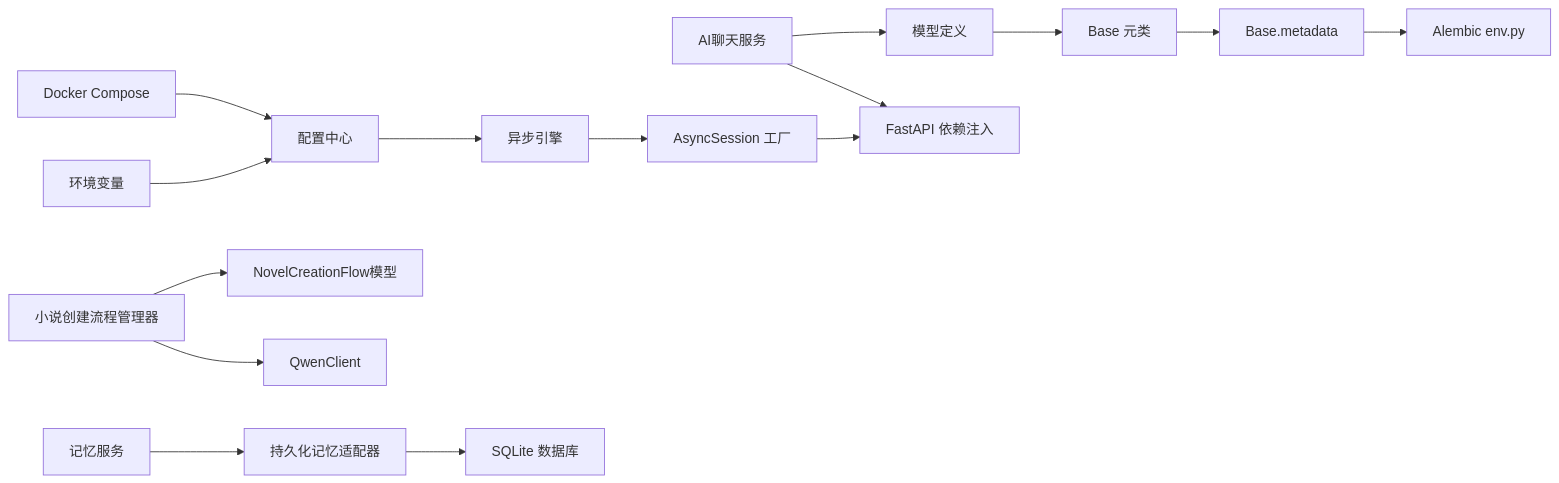
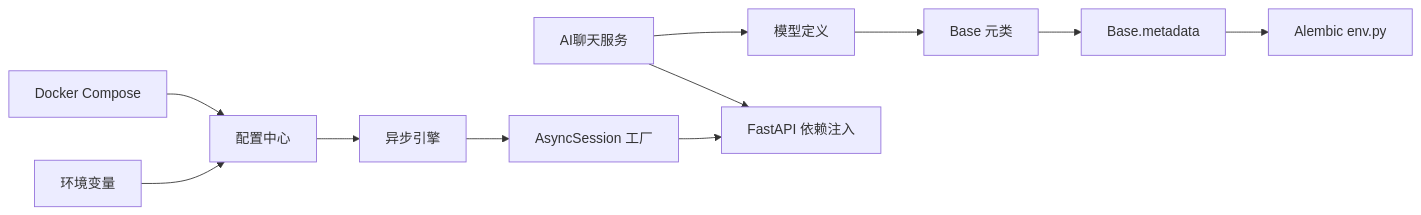
One commit to xfbyxq/ai-novel-system changed diagram 11 of 11 in .qoder/repowiki/zh/content/后端架构/数据库设计.md. Above: the diagram before and after it, drawn with Mermaid. The commit also changed other lines of this file and 38 other files, not shown here.

````diff
--- a/.qoder/repowiki/zh/content/后端架构/数据库设计.md
+++ b/.qoder/repowiki/zh/content/后端架构/数据库设计.md
@@ -742,17 +682,13 @@
 ```mermaid
 graph LR
 Models["模型定义"] --> Base["Base 元类"]
 Base --> Meta["Base.metadata"]
 Meta --> Env["Alembic env.py"]
 Config["配置中心"] --> Engine["异步引擎"]
 Engine --> Session["AsyncSession 工厂"]
 Session --> API["FastAPI 依赖注入"]
 AIChatService["AI聊天服务"] --> Models
 AIChatService --> API
-FlowManager["小说创建流程管理器"] --> NovelCreationFlow["NovelCreationFlow模型"]
-FlowManager --> QwenClient["QwenClient"]
-MemoryService["记忆服务"] --> NovelMemoryAdapter["持久化记忆适配器"]
-NovelMemoryAdapter --> SQLiteDB["SQLite 数据库"]
 EnvVars["环境变量"] --> Config
 Compose["Docker Compose"] --> Config
 ```
````
